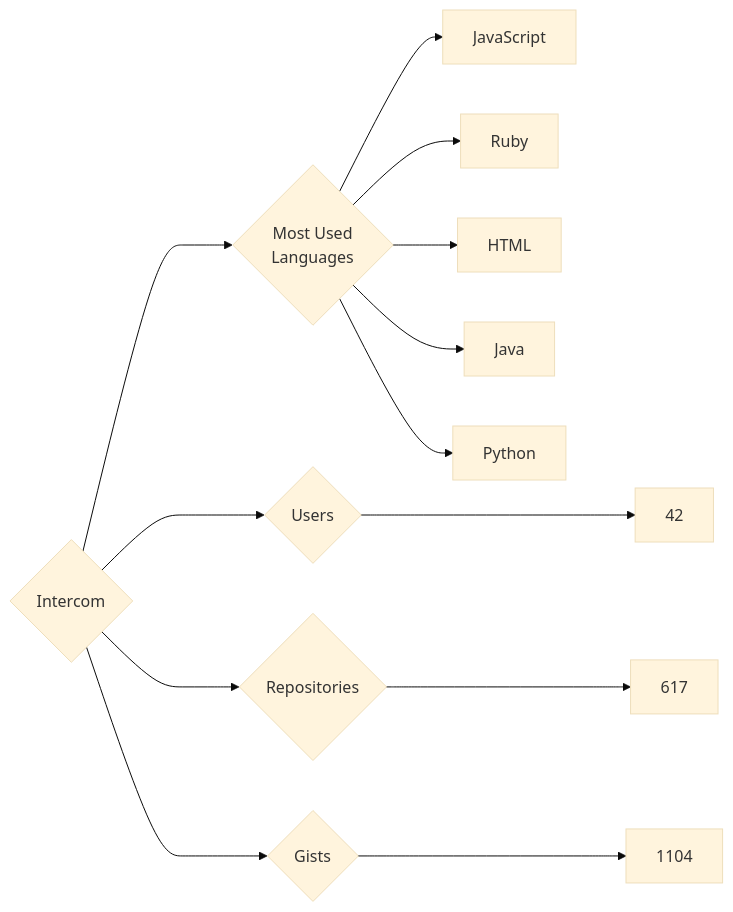
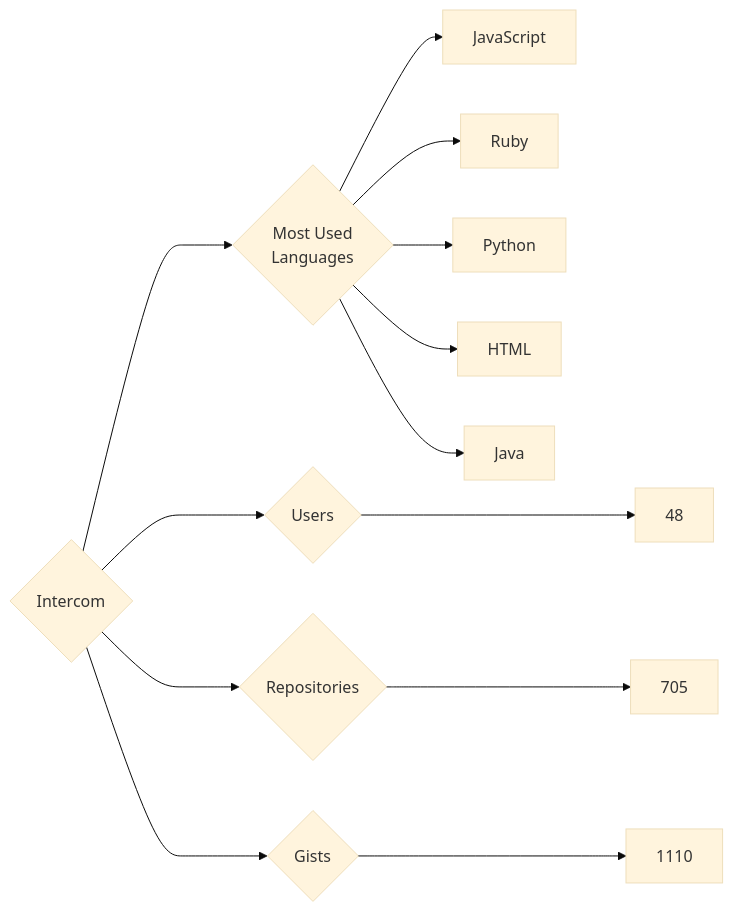
Before and after one commit to trickest/insiders: the diagram in targets/Intercom/README.md, drawn with Mermaid (base theme). The commit also changed 932 other files, not shown here.

````diff
--- a/targets/Intercom/README.md
+++ b/targets/Intercom/README.md
@@ -3,13 +3,13 @@
 ```mermaid
 graph LR
 COMPANY_NAME{Intercom}
-COMPANY_NAME ---> U{Users} ---> UN[42]
-COMPANY_NAME ---> R{Repositories} ---> RN[617]
-COMPANY_NAME ---> G{Gists} ---> GN[1104]
+COMPANY_NAME ---> U{Users} ---> UN[48]
+COMPANY_NAME ---> R{Repositories} ---> RN[705]
+COMPANY_NAME ---> G{Gists} ---> GN[1110]
 COMPANY_NAME ---> ML{Most Used<br>Languages}
 ML --> JavaScript[JavaScript]
 ML --> Ruby[Ruby]
+ML --> Python[Python]
 ML --> HTML[HTML]
 ML --> Java[Java]
-ML --> Python[Python]
 ```
````
